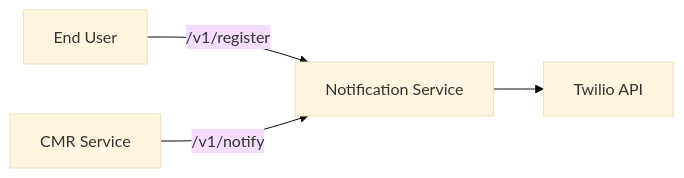
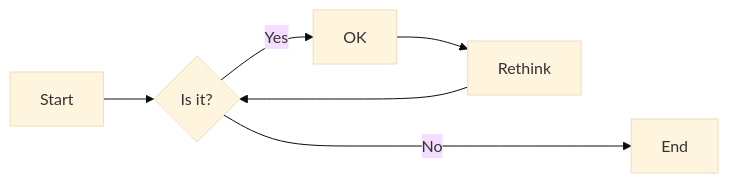
Before and after one commit to jimmybutton/reveal-md-starter: the first of 3 diagrams in slides.md, drawn with Mermaid (base theme). The commit also changed other lines of this file and 5 other files, not shown here.

Commit message:
finish example slides, tweak mermaid options for gantt chart

````diff
--- a/slides.md
+++ b/slides.md
@@ -47,6 +118,8 @@
 ```mermaid
 flowchart LR
-  A[End User] -- /v1/register --> B[Notification Service]
-  C[CMR Service] -- /v1/notify --> B[Notification Service]
-  B --> D[Twilio API]
+    A[Start] --> B{Is it?};
+    B -->|Yes| C[OK];
+    C --> D[Rethink];
+    D --> B;
+    B ---->|No| E[End];
 ```
````
